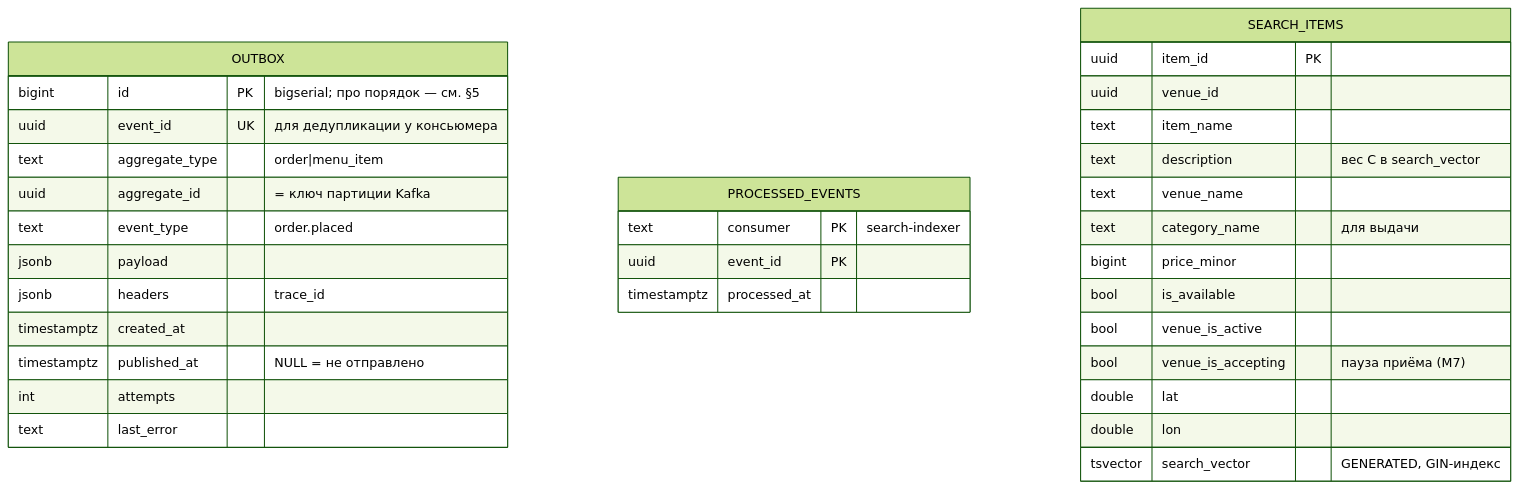
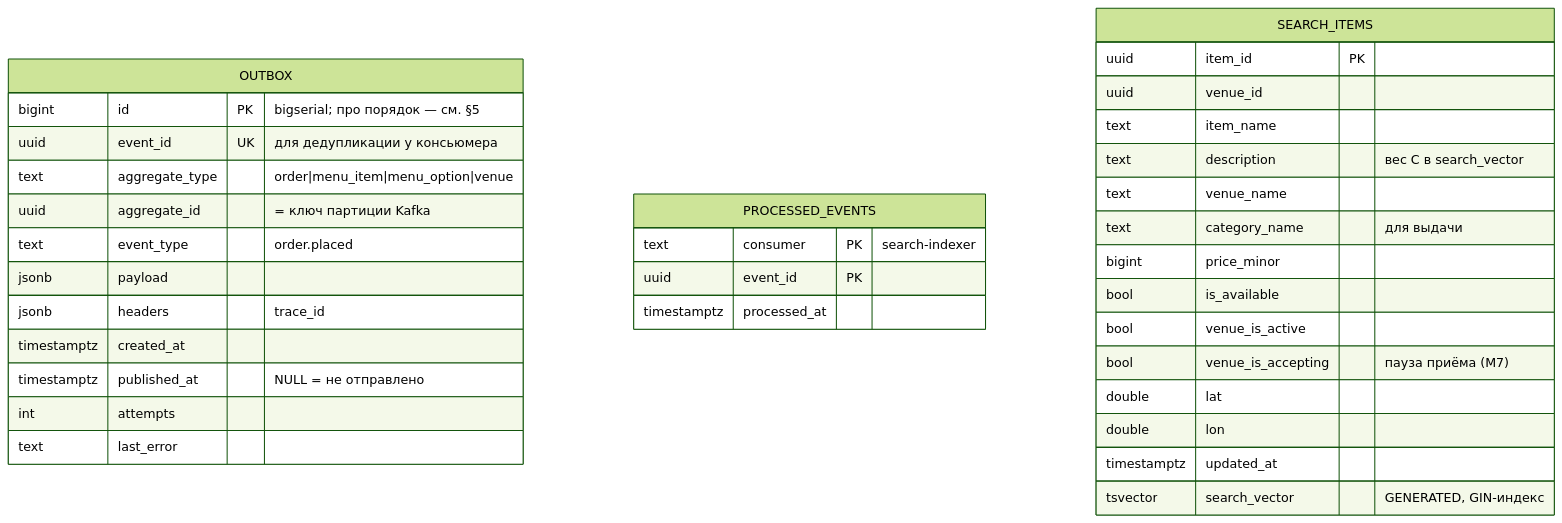
One commit to EmotionlessDev/avito2026internship changed diagram 12 of 12 in docs/DESIGN.md. Above: the diagram before and after it, drawn with Mermaid (forest theme). The commit also changed other lines of this file and 23 other files, not shown here.

First line of the commit message:
feat: этап 1 — схема БД, миграции и демо-данные

````diff
--- a/docs/DESIGN.md
+++ b/docs/DESIGN.md
@@ -696,36 +718,37 @@
 ```mermaid
 erDiagram
     OUTBOX {
         bigint id PK "bigserial; про порядок — см. §5"
         uuid event_id UK "для дедупликации у консьюмера"
-        text aggregate_type "order|menu_item"
+        text aggregate_type "order|menu_item|menu_option|venue"
         uuid aggregate_id "= ключ партиции Kafka"
         text event_type "order.placed"
         jsonb payload
         jsonb headers "trace_id"
         timestamptz created_at
         timestamptz published_at "NULL = не отправлено"
         int attempts
         text last_error
     }
     PROCESSED_EVENTS {
         text consumer PK "search-indexer"
         uuid event_id PK
         timestamptz processed_at
     }
     SEARCH_ITEMS {
         uuid item_id PK
         uuid venue_id
         text item_name
         text description "вес C в search_vector"
         text venue_name
         text category_name "для выдачи"
         bigint price_minor
         bool is_available
         bool venue_is_active
         bool venue_is_accepting "пауза приёма (M7)"
         double lat
         double lon
+        timestamptz updated_at
         tsvector search_vector "GENERATED, GIN-индекс"
     }
 ```
````
